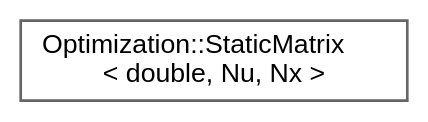
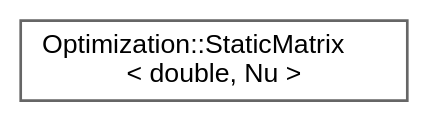
One commit to jswoo0615/Algorithms_for_Optimization_cpp changed the diagram in inherit_graph_68.dot. Above: the diagram before and after it, drawn with Graphviz. The commit also changed 109 other files, not shown here.

```diff
--- a/inherit_graph_68.dot
+++ b/inherit_graph_68.dot
@@ -1,9 +1,9 @@
 digraph "Graphical Class Hierarchy"
 {
  // LATEX_PDF_SIZE
   bgcolor="transparent";
   edge [fontname=Helvetica,fontsize=10,labelfontname=Helvetica,labelfontsize=10];
   node [fontname=Helvetica,fontsize=10,shape=box,height=0.2,width=0.4];
   rankdir="LR";
-  Node0 [id="Node000000",label="Optimization::StaticMatrix\l\< double, Nu, Nx \>",height=0.2,width=0.4,color="grey40", fillcolor="white", style="filled",URL="$classOptimization_1_1StaticMatrix.html",tooltip=" "];
+  Node0 [id="Node000000",label="Optimization::StaticMatrix\l\< double, Nu \>",height=0.2,width=0.4,color="grey40", fillcolor="white", style="filled",URL="$classOptimization_1_1StaticMatrix.html",tooltip=" "];
 }
```
